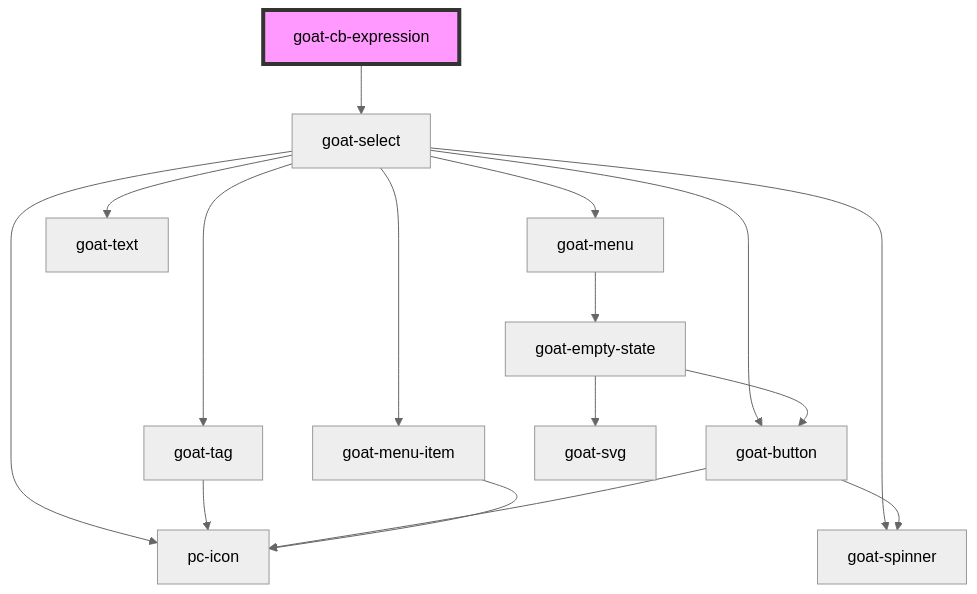
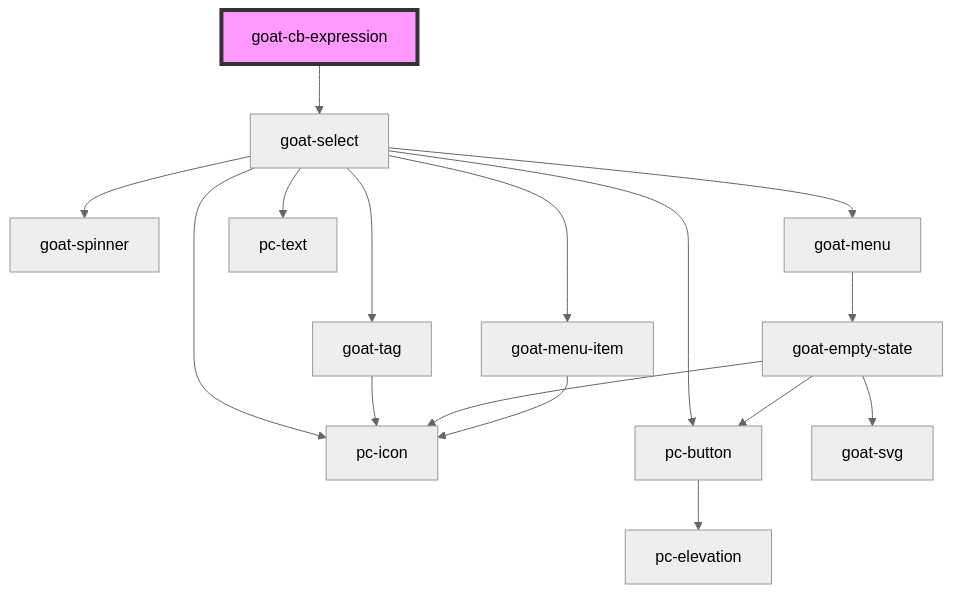
One commit to redvars/peacock changed the diagram in src/components/application/condition-builder/cb-expression/readme.md. Above: the diagram before and after it, drawn with Mermaid (neutral theme). The commit also changed 280 other files, not shown here.

````diff
--- a/src/components/application/condition-builder/cb-expression/readme.md
+++ b/src/components/application/condition-builder/cb-expression/readme.md
@@ -23,19 +23,19 @@
 ```mermaid
 graph TD;
   goat-cb-expression --> goat-select
   goat-select --> pc-icon
   goat-select --> goat-tag
-  goat-select --> goat-button
+  goat-select --> pc-button
   goat-select --> goat-spinner
   goat-select --> goat-menu
-  goat-select --> goat-text
+  goat-select --> pc-text
   goat-select --> goat-menu-item
   goat-tag --> pc-icon
-  goat-button --> goat-spinner
-  goat-button --> pc-icon
+  pc-button --> pc-elevation
   goat-menu --> goat-empty-state
   goat-empty-state --> goat-svg
-  goat-empty-state --> goat-button
+  goat-empty-state --> pc-button
+  goat-empty-state --> pc-icon
   goat-menu-item --> pc-icon
   style goat-cb-expression fill:#f9f,stroke:#333,stroke-width:4px
 ```
````
